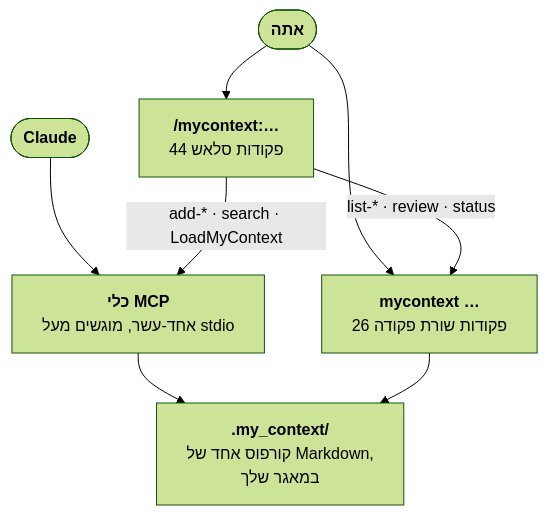
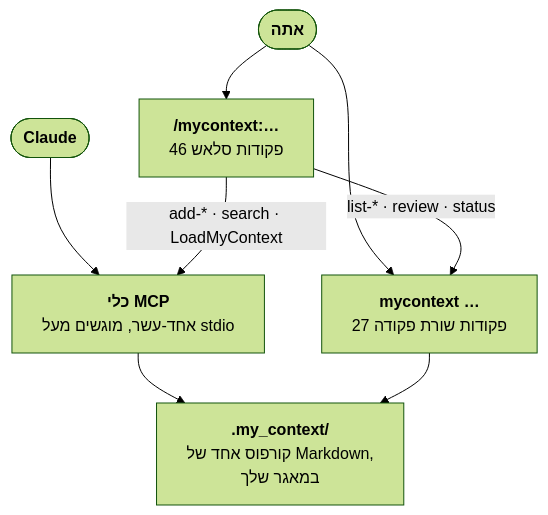
The fourth of 5 diagrams in docs/README.he.md (Dudi-Bar-On/my-context), drawn with Mermaid (forest theme) before and after one commit. The commit also changed other lines of this file and 7 other files, not shown here.

````diff
--- a/docs/README.he.md
+++ b/docs/README.he.md
@@ -1654,10 +1794,10 @@
 ```mermaid
 flowchart TB
-  U(["<b>אתה</b>"]) --> SL["<b>/mycontext:…</b><br/>44 פקודות סלאש"]
-  U --> CL["<b>mycontext …</b><br/>26 פקודות שורת פקודה"]
+  U(["<b>אתה</b>"]) --> SL["<b>/mycontext:…</b><br/>46 פקודות סלאש"]
+  U --> CL["<b>mycontext …</b><br/>27 פקודות שורת פקודה"]
   A(["<b>Claude</b>"]) --> TL["<b>כלי MCP</b><br/>אחד-עשר, מוגשים מעל stdio"]
   SL -->|"add-* · search · LoadMyContext"| TL
   SL -->|"list-* · review · status"| CL
   TL --> CO["<b>.my_context/</b><br/>קורפוס אחד של Markdown,<br/>במאגר שלך"]
   CL --> CO
 ```
````
